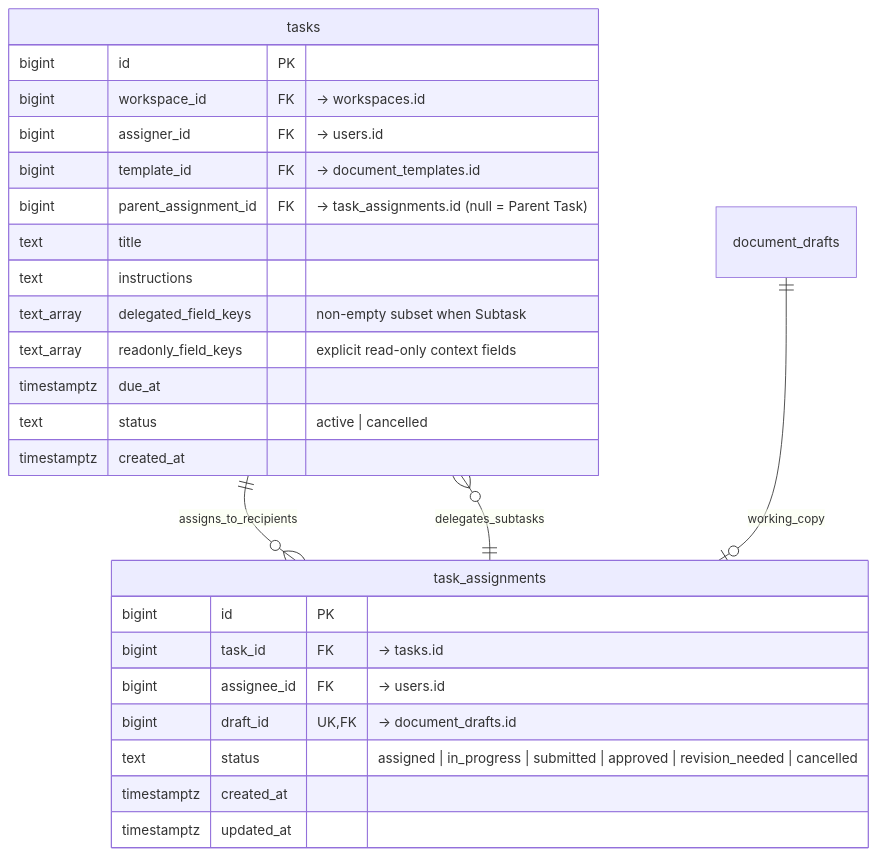
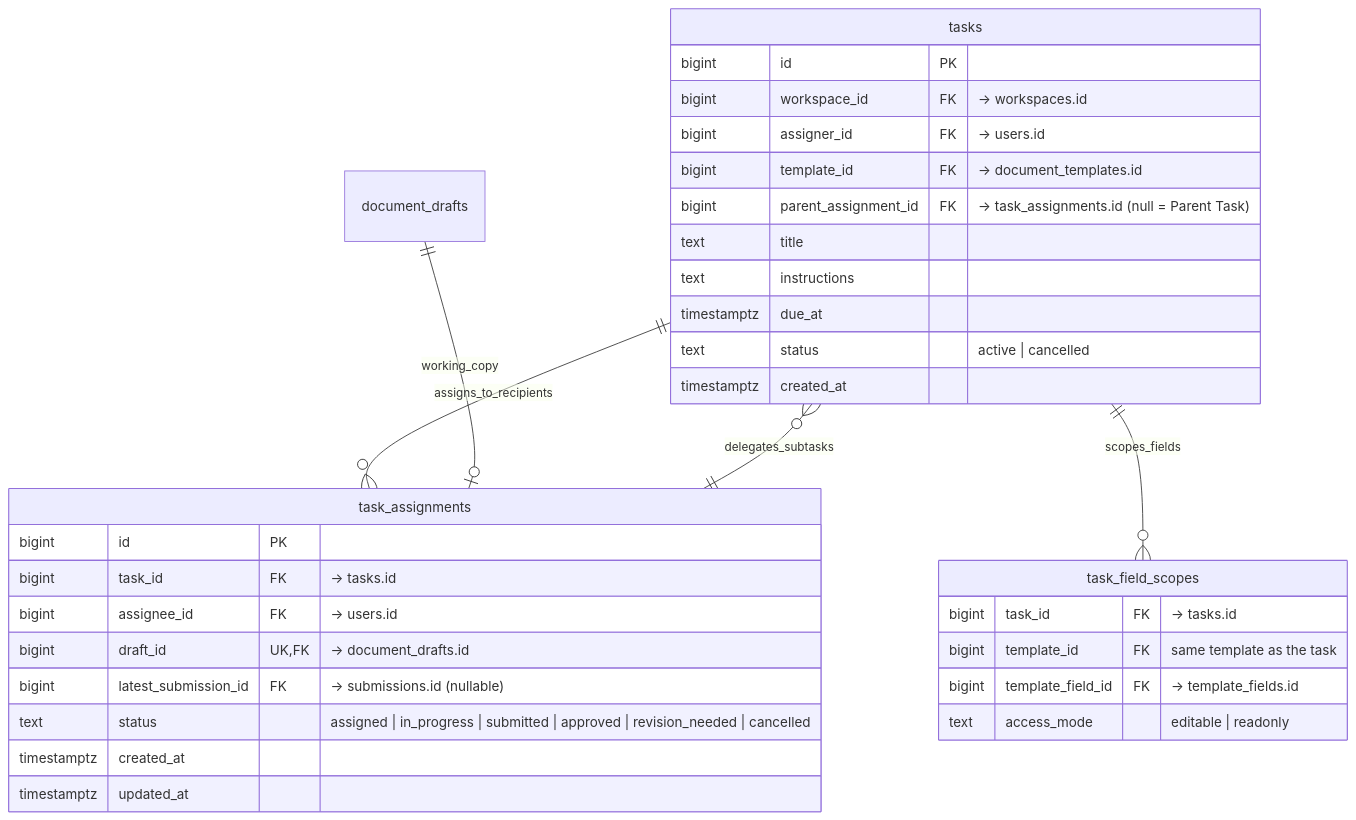
Before and after one commit to buitrong06/CS300-DocumentFromForm: the sixth of 7 diagrams in docs/analysis-and-design/database-overview.md, drawn with Mermaid. The commit also changed other lines of this file and 1 other file, not shown here.

Commit message:
docs(db): resolve ER model integrity, lineage, provenance, and audit event gaps

````diff
--- a/docs/analysis-and-design/database-overview.md
+++ b/docs/analysis-and-design/database-overview.md
@@ -248,30 +265,36 @@
 ```mermaid
 erDiagram
     tasks ||--o{ task_assignments : "assigns_to_recipients"
     task_assignments ||--o{ tasks : "delegates_subtasks"
+    tasks ||--o{ task_field_scopes : "scopes_fields"
     document_drafts ||--o| task_assignments : "working_copy"
 
     tasks {
         bigint id PK
         bigint workspace_id FK "-> workspaces.id"
         bigint assigner_id FK "-> users.id"
         bigint template_id FK "-> document_templates.id"
         bigint parent_assignment_id FK "-> task_assignments.id (null = Parent Task)"
         text title
         text instructions
-        text_array delegated_field_keys "non-empty subset when Subtask"
-        text_array readonly_field_keys "explicit read-only context fields"
         timestamptz due_at
         text status "active | cancelled"
         timestamptz created_at
+    }
+    task_field_scopes {
+        bigint task_id FK "-> tasks.id"
+        bigint template_id FK "same template as the task"
+        bigint template_field_id FK "-> template_fields.id"
+        text access_mode "editable | readonly"
     }
     task_assignments {
         bigint id PK
         bigint task_id FK "-> tasks.id"
         bigint assignee_id FK "-> users.id"
         bigint draft_id UK,FK "-> document_drafts.id"
+        bigint latest_submission_id FK "-> submissions.id (nullable)"
         text status "assigned | in_progress | submitted | approved | revision_needed | cancelled"
         timestamptz created_at
         timestamptz updated_at
     }
 ```
````
